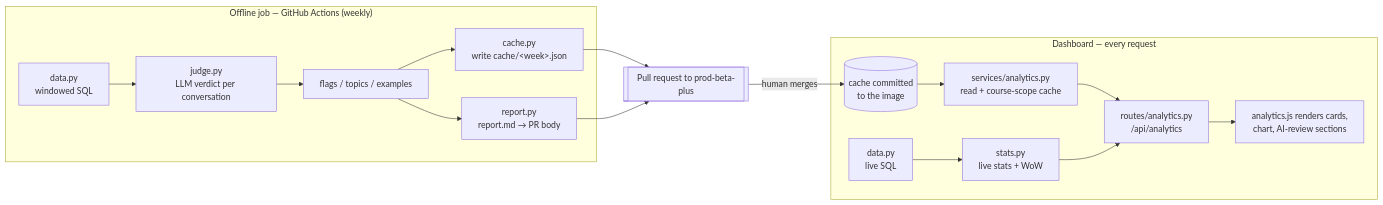
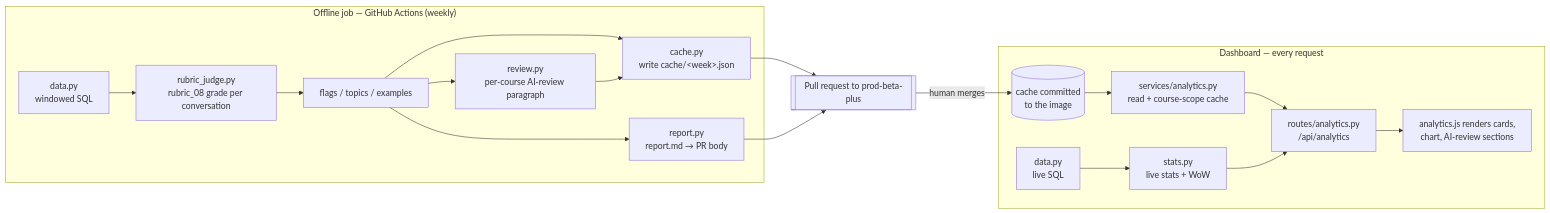
One commit to bonbon-on-fire/asktim_llm_tutor_project changed the diagram in database_ui/analytics/README.md. Above: the diagram before and after it, drawn with Mermaid. The commit also changed other lines of this file, not shown here.

First line of the commit message:
docs(analytics): sync weekly-report README with deployed RubricJudge pipeline

````diff
--- a/database_ui/analytics/README.md
+++ b/database_ui/analytics/README.md
@@ -30,19 +30,21 @@
 ```mermaid
 flowchart LR
     subgraph Producer["Offline job — GitHub Actions (weekly)"]
-        A[data.py<br/>windowed SQL] --> B[judge.py<br/>LLM verdict per conversation]
+        A[data.py<br/>windowed SQL] --> B[rubric_judge.py<br/>rubric_08 grade per conversation]
         B --> C[flags / topics / examples]
+        C --> RV[review.py<br/>per-course AI-review paragraph]
         C --> D[cache.py<br/>write cache/&lt;week&gt;.json]
+        RV --> D
         C --> E[report.py<br/>report.md → PR body]
     end
     D --> PR[[Pull request to prod-beta-plus]]
     E --> PR
     PR -->|human merges| REPO[(cache committed<br/>to the image)]
     subgraph Consumer["Dashboard — every request"]
         REPO --> F[services/analytics.py<br/>read + course-scope cache]
         G[data.py<br/>live SQL] --> H[stats.py<br/>live stats + WoW]
         F --> R[routes/analytics.py<br/>/api/analytics]
         H --> R
         R --> UI[analytics.js renders cards,<br/>chart, AI-review sections]
     end
 ```
````
